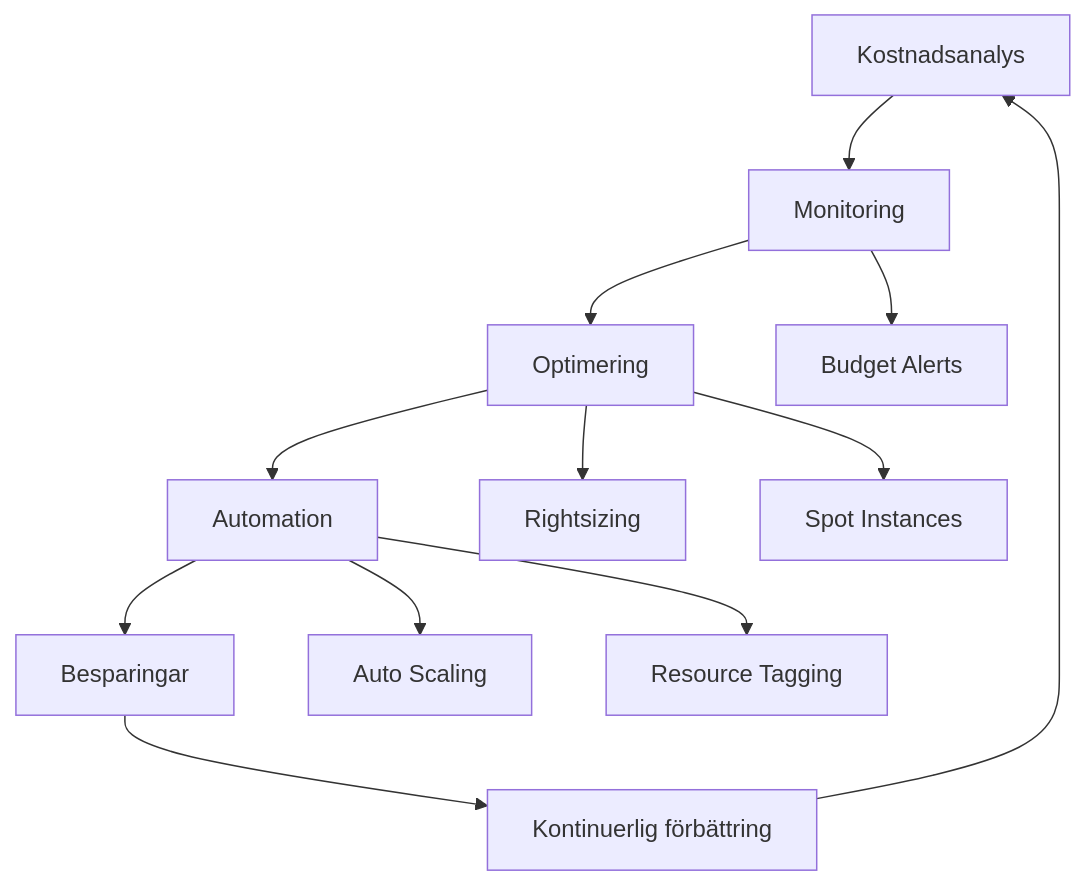
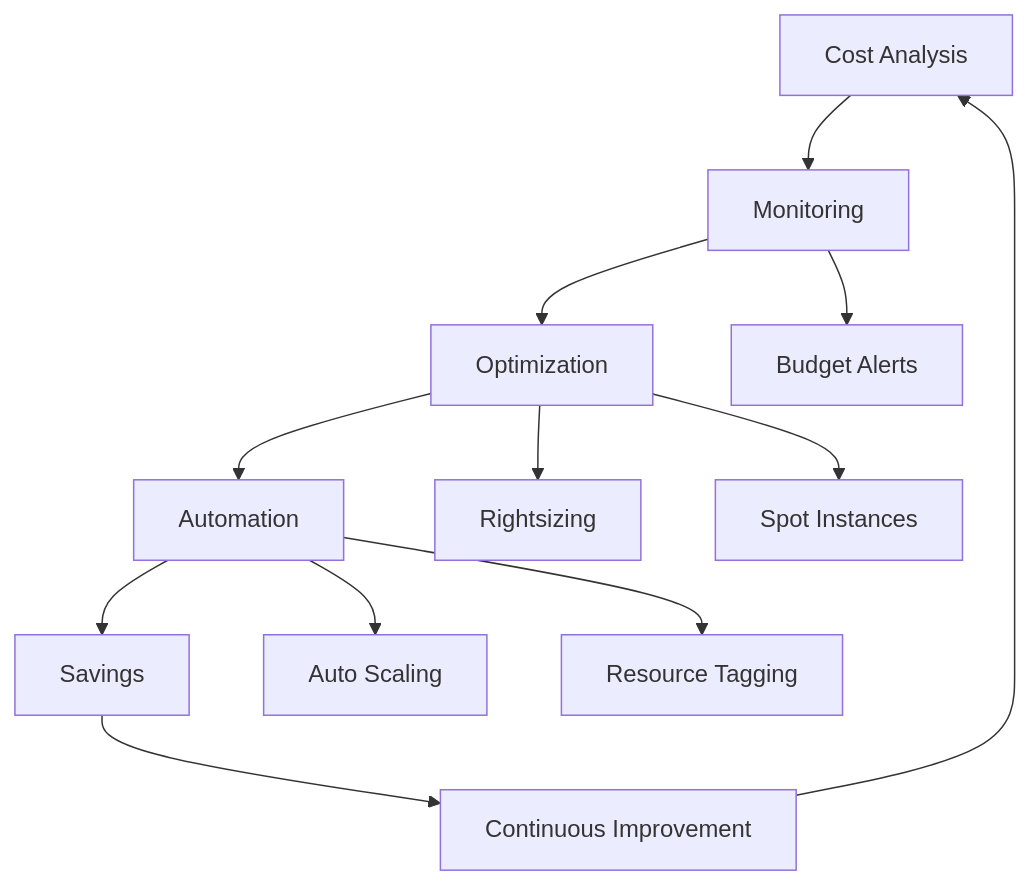
One commit to Geonitab/architecture_as_code changed the diagram in docs/images/diagram_16_chapter15.mmd. Above: the diagram before and after it, drawn with Mermaid. The commit also changed 11 other files, not shown here.

Commit message:
Translate Swedish text in Mermaid diagrams to English

```diff
--- a/docs/images/diagram_16_chapter15.mmd
+++ b/docs/images/diagram_16_chapter15.mmd
@@ -1,13 +1,13 @@
 graph TD
-    A[Kostnadsanalys]:::kv-primary --> B[Monitoring]:::kv-highlight
-    B --> C[Optimering]:::kv-accent
+    A[Cost Analysis]:::kv-primary --> B[Monitoring]:::kv-highlight
+    B --> C[Optimization]:::kv-accent
     C --> D[Automation]:::kv-accent
-    D --> E[Besparingar]:::kv-primary
-    E --> F[Kontinuerlig förbättring]:::kv-highlight
+    D --> E[Savings]:::kv-primary
+    E --> F[Continuous Improvement]:::kv-highlight
     F --> A
 
     B --> G[Budget Alerts]:::kv-muted
     C --> H[Rightsizing]:::kv-pattern
     C --> I[Spot Instances]:::kv-muted
     D --> J[Auto Scaling]:::kv-highlight
     D --> K[Resource Tagging]:::kv-muted
```
